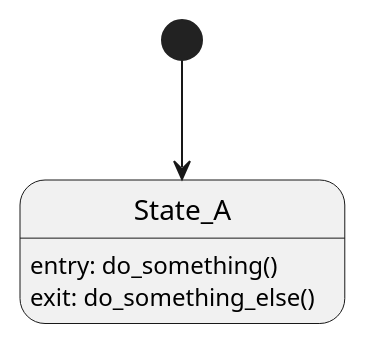
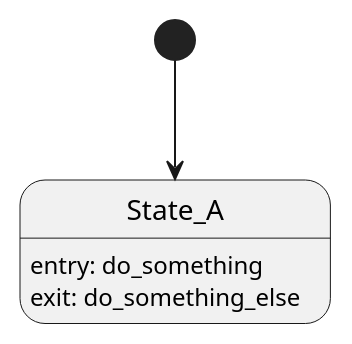
One commit to LuchsHub/PlantUML-StateChart-To-Python changed the fifth of 6 diagrams in README.md. Above: the diagram before and after it, drawn with PlantUML. The commit also changed 1 other file, not shown here.

Commit message:
feat: removed braces in README examples for entry exit

````diff
--- a/README.md
+++ b/README.md
@@ -264,9 +264,9 @@
 ```puml
 @startuml
 state State_A
 
 [*] --> State_A
-State_A: entry: do_something()
-State_A: exit: do_something_else()
+State_A: entry: do_something
+State_A: exit: do_something_else
 @enduml
 ```
````
